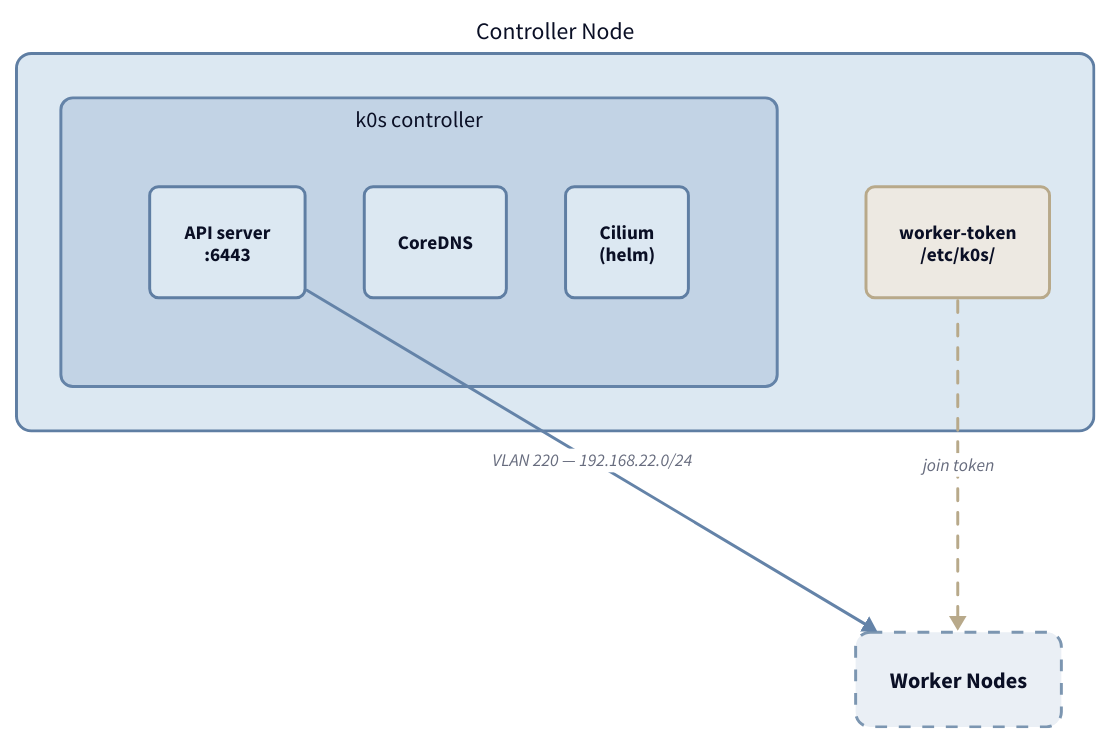
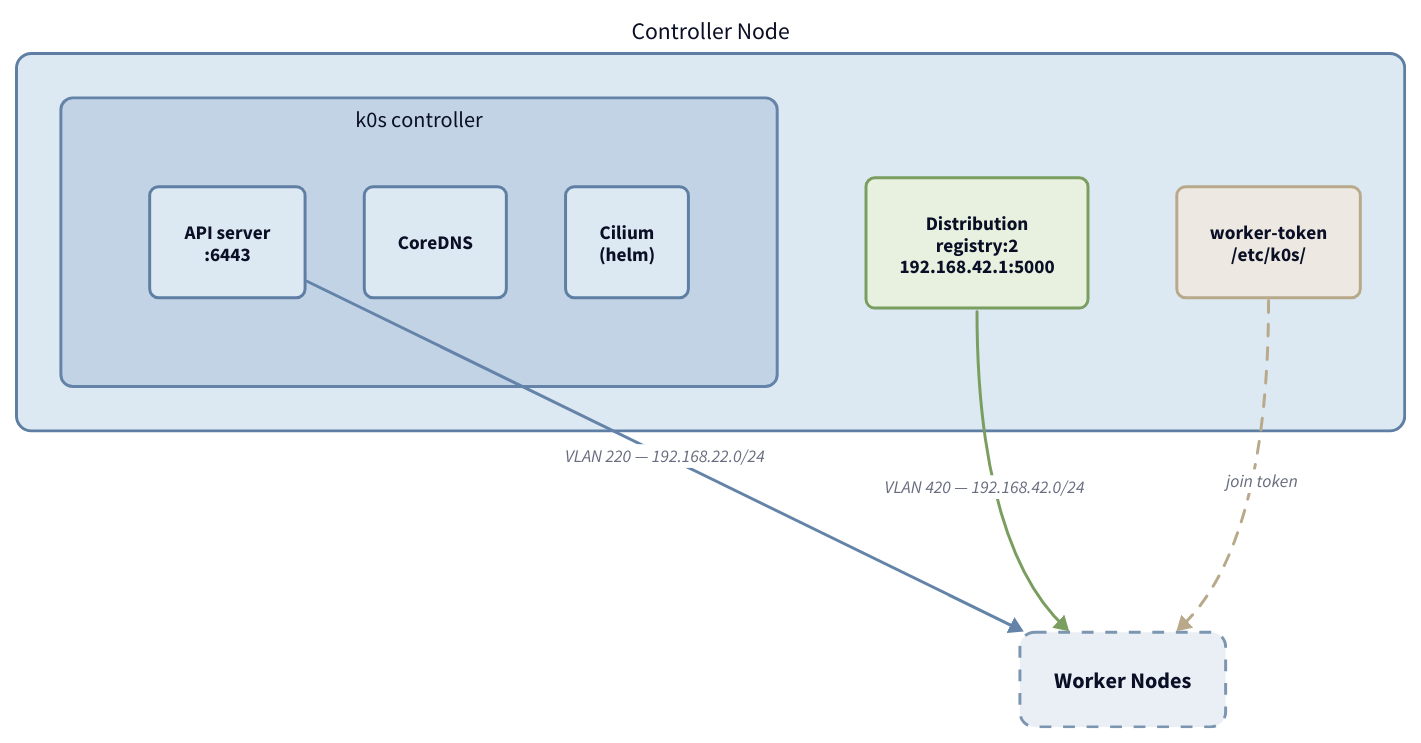
Before and after one commit to iobewi/kubewi: the diagram in docs/_static/diagrams/controller.d2, drawn with D2. The commit also changed 327 other files, not shown here.

```diff
--- a/docs/_static/diagrams/controller.d2
+++ b/docs/_static/diagrams/controller.d2
@@ -1,64 +1,75 @@
 direction: down
 
 controller: {
   label: "Controller Node"
   style.fill: "#dce8f2"
   style.stroke: "#5f7ea3"
   style.border-radius: 10
   style.font-size: 16
 
   k0s: {
     label: "k0s controller"
     style.fill: "#c2d3e5"
     style.stroke: "#6483a8"
     style.border-radius: 8
     style.font-size: 15
     grid-rows: 1
     grid-columns: 3
 
     api: "API server\n:6443" {
       style.fill: "#dce8f2"
       style.stroke: "#5f7ea3"
       style.border-radius: 6
       style.font-size: 13
     }
     dns: "CoreDNS" {
       style.fill: "#dce8f2"
       style.stroke: "#5f7ea3"
       style.border-radius: 6
       style.font-size: 13
     }
     cilium: "Cilium\n(helm)" {
       style.fill: "#dce8f2"
       style.stroke: "#5f7ea3"
       style.border-radius: 6
       style.font-size: 13
     }
   }
 
+  registry: "Distribution\nregistry:2\n192.168.42.1:5000" {
+    style.fill: "#e8f0e0"
+    style.stroke: "#7a9e5f"
+    style.border-radius: 6
+    style.font-size: 13
+  }
+
   token: "worker-token\n/etc/k0s/" {
     style.fill: "#ede9e2"
     style.stroke: "#b8a98a"
     style.border-radius: 6
     style.font-size: 13
   }
 }
 
 workers: {
   label: "Worker Nodes"
   style.fill: "#eaeff5"
   style.stroke: "#7c96b1"
   style.border-radius: 10
   style.font-size: 15
   style.stroke-dash: 4
 }
 
 controller.k0s.api -> workers: "VLAN 220 — 192.168.22.0/24" {
   style.stroke: "#6483a8"
   style.font-size: 12
 }
+controller.registry -> workers: "VLAN 420 — 192.168.42.0/24" {
+  style.stroke: "#7a9e5f"
+  style.font-size: 12
+}
 controller.token -> workers: "join token" {
   style.stroke-dash: 4
   style.stroke: "#b8a98a"
   style.font-size: 12
 }
```
